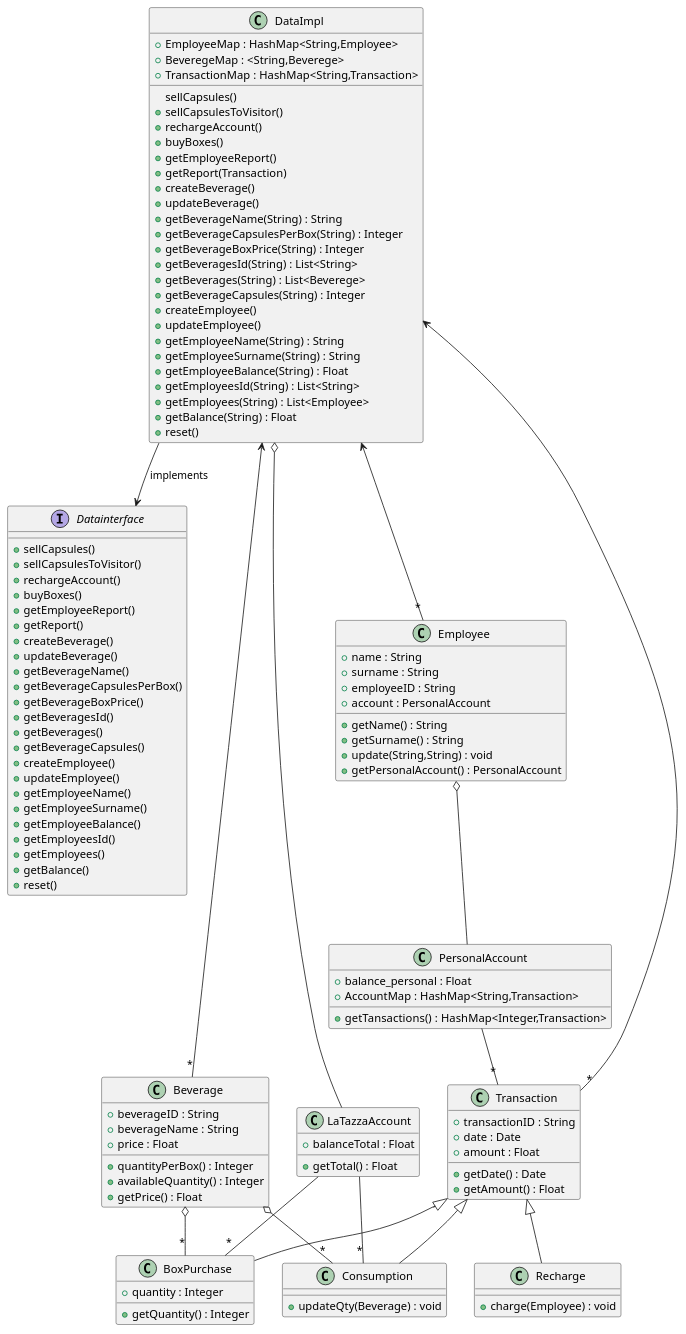
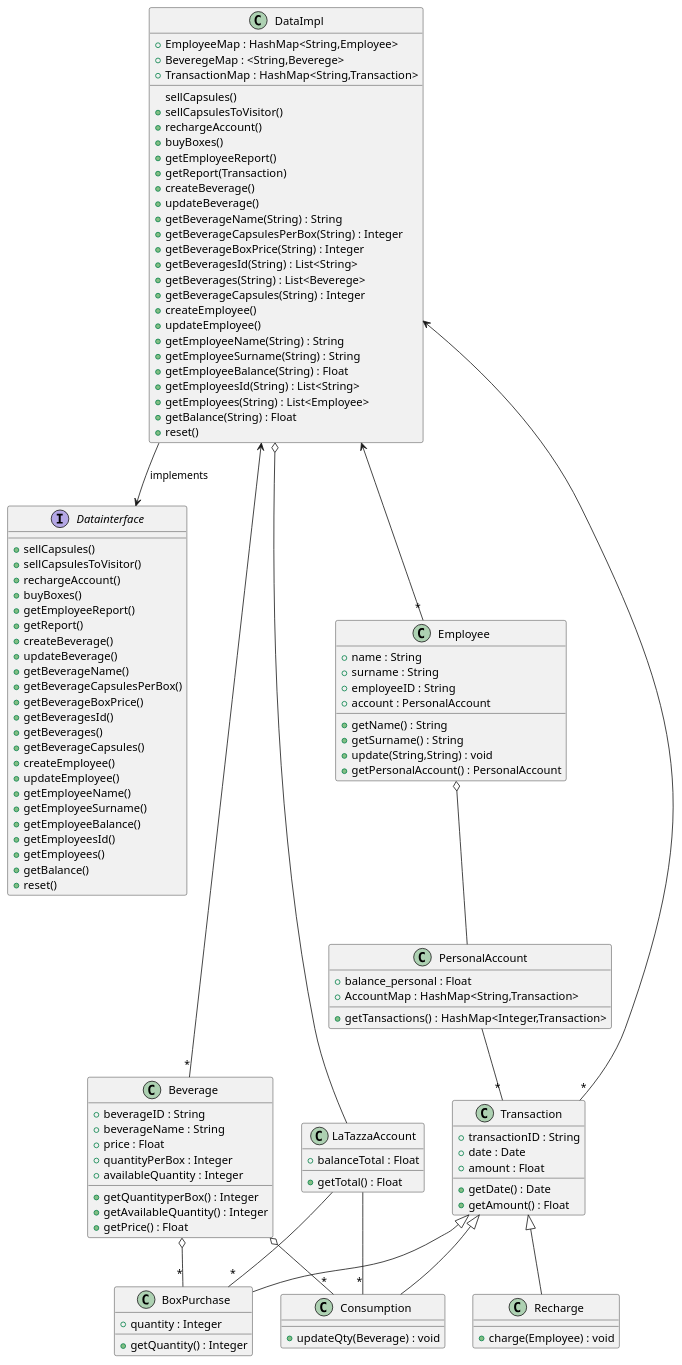
Before and after one commit to salvatore-dimartino/LaTazza: the third of 7 diagrams in templates/DesignDocumentTemplate.md, drawn with PlantUML.

```diff
--- a/templates/DesignDocumentTemplate.md
+++ b/templates/DesignDocumentTemplate.md
@@ -162,9 +162,11 @@
     +beverageID : String
     +beverageName : String
     +price : Float
+    +quantityPerBox : Integer
+    +availableQuantity : Integer
     
-    +quantityPerBox() : Integer
-    +availableQuantity() : Integer
+    +getQuantityperBox() : Integer
+    +getAvailableQuantity() : Integer
     +getPrice() : Float
 }
 
```
